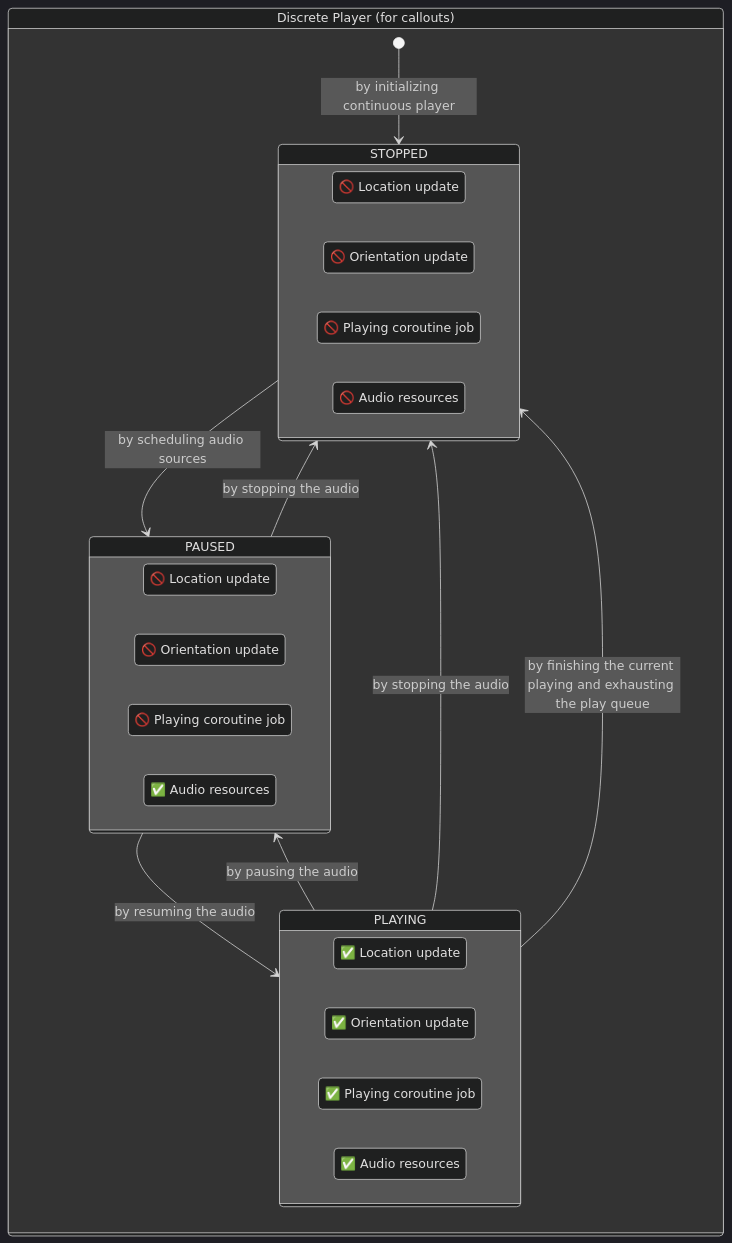
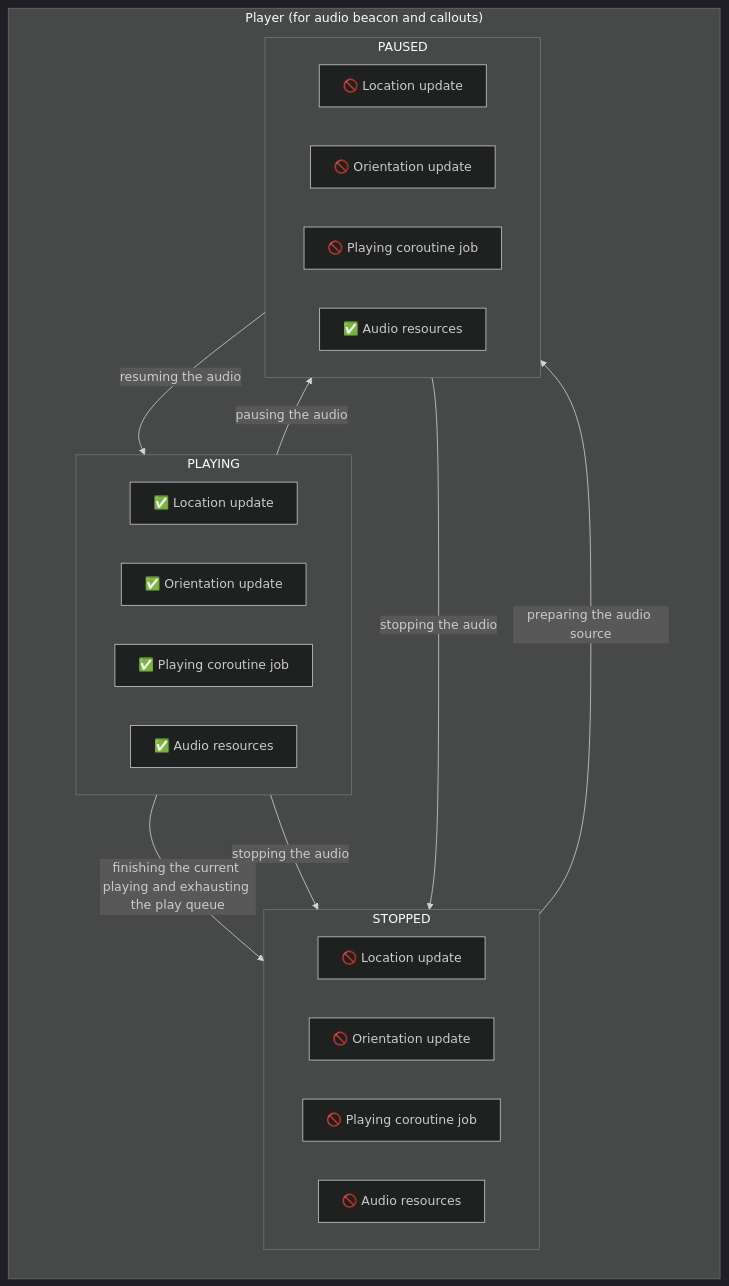
The second of 4 diagrams in projects/toys/soundscape/index.md (FlickerSoul/universe.observer), drawn with Mermaid (dark theme) before and after one commit. The commit also changed other lines of this file, not shown here.

Commit message:
fix: update graph

````diff
--- a/projects/toys/soundscape/index.md
+++ b/projects/toys/soundscape/index.md
@@ -296,36 +259,36 @@
 ```mermaid
-stateDiagram-v2
-    state "Discrete Player (for callouts)" as DP {
-[*] --> STOPPED: by initializing continuous player
-STOPPED --> PAUSED: by scheduling audio sources
-PLAYING --> PAUSED: by pausing the audio
-PAUSED --> PLAYING: by resuming the audio
-PAUSED --> STOPPED: by stopping the audio
-PLAYING --> STOPPED: by stopping the audio
-PLAYING --> STOPPED: by finishing the current playing and exhausting the play queue
+graph
+    subgraph CP ["Player (for audio beacon and callouts)"]
+        direction TB
+        PLAYING -->|pausing the audio| PAUSED
+        PLAYING -->|finishing the current playing and exhausting the play queue| STOPPED
+        PLAYING -->|stopping the audio| STOPPED
+        PAUSED -->|resuming the audio| PLAYING
+        PAUSED -->|stopping the audio| STOPPED
+        STOPPED -->|preparing the audio source| PAUSED
 
-state STOPPED {
-direction LR
-state "🚫 Location update" as s1
-state "🚫 Orientation update" as s2
-state "🚫 Playing coroutine job" as s3
-state "🚫 Audio resources" as s4
-}
+        subgraph STOPPED
+            direction LR
+            s1["🚫 Location update"]
+            s2["🚫 Orientation update"]
+            s3["🚫 Playing coroutine job"]
+            s4["🚫 Audio resources"]
+        end
 
-state PLAYING {
-direction LR
-state "✅ Location update" as pl1
-state "✅ Orientation update" as pl2
-state "✅ Playing coroutine job" as pl3
-state "✅ Audio resources" as pl4
-}
+        subgraph PLAYING
+            direction LR
+            pl1["✅ Location update"]
+            pl2["✅ Orientation update"]
+            pl3["✅ Playing coroutine job"]
+            pl4["✅ Audio resources"]
+        end
 
-state PAUSED {
-direction LR
-state "🚫 Location update" as pu1
-state "🚫 Orientation update" as pu2
-state "🚫 Playing coroutine job" as pu3
-state "✅ Audio resources" as pu4
-}
- }
+        subgraph PAUSED
+            direction LR
+            pu1["🚫 Location update"]
+            pu2["🚫 Orientation update"]
+            pu3["🚫 Playing coroutine job"]
+            pu4["✅ Audio resources"]
+        end
+    end
 ```
````
